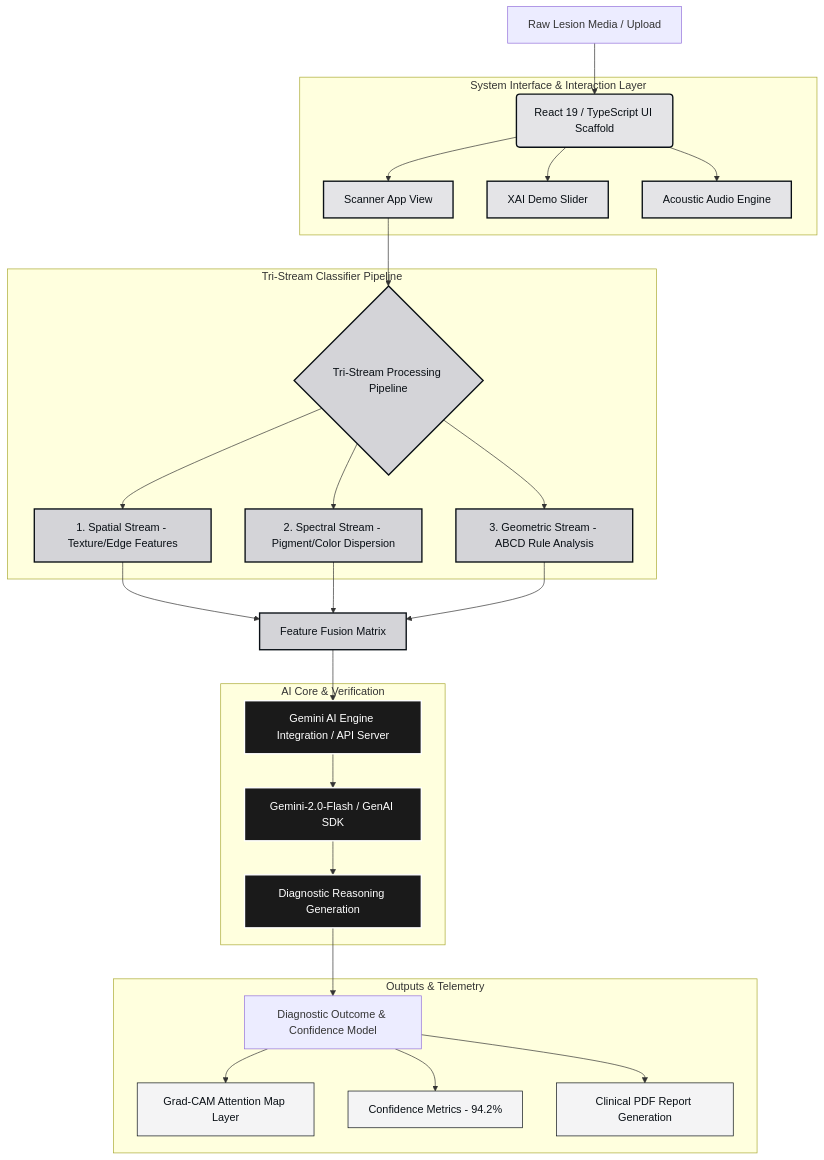
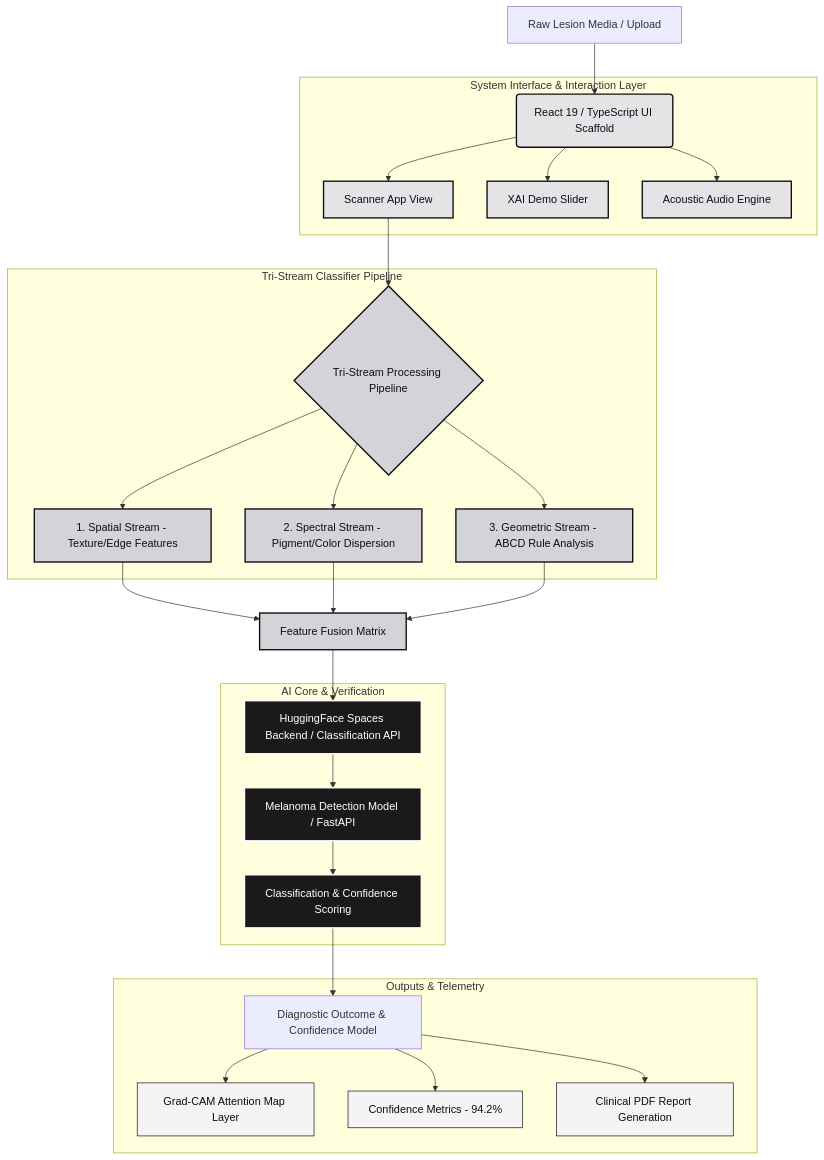
Before and after one commit to subhajit1560/CancerCure-AI: the diagram in README.md, drawn with Mermaid. The commit also changed other lines of this file, not shown here.

````diff
--- a/README.md
+++ b/README.md
@@ -11,50 +11,50 @@
 ```mermaid
 graph TD
     %% Define Styles
     classDef ui fill:#e4e4e7,stroke:#090F15,stroke-width:2px,color:#090F15;
     classDef pipeline fill:#d4d4d8,stroke:#090F15,stroke-width:2px,color:#090F15;
     classDef ai fill:#1A1A1A,stroke:#ffffff,stroke-width:2px,color:#ffffff;
     classDef output fill:#f4f4f5,stroke:#090F15,stroke-width:1px,color:#090F15;
 
     %% Nodes
     A[Raw Lesion Media / Upload] --> B(React 19 / TypeScript UI Scaffold);
     
     subgraph UI_Layer ["System Interface & Interaction Layer"]
         B --> C[Scanner App View];
         B --> D[XAI Demo Slider];
         B --> E[Acoustic Audio Engine];
     end
 
     C --> F{Tri-Stream Processing Pipeline};
     
     subgraph Processing_Pipeline ["Tri-Stream Classifier Pipeline"]
         F --> G[1. Spatial Stream - Texture/Edge Features];
         F --> H[2. Spectral Stream - Pigment/Color Dispersion];
         F --> I[3. Geometric Stream - ABCD Rule Analysis];
     end
 
     G --> J[Feature Fusion Matrix];
     H --> J;
     I --> J;
 
-    J --> K[Gemini AI Engine Integration / API Server];
+    J --> K[HuggingFace Spaces Backend / Classification API];
     
     subgraph AI_Core ["AI Core & Verification"]
-        K --> L[Gemini-2.0-Flash / GenAI SDK];
-        L --> M[Diagnostic Reasoning Generation];
+        K --> L[Melanoma Detection Model / FastAPI];
+        L --> M[Classification & Confidence Scoring];
     end
 
     M --> N[Diagnostic Outcome & Confidence Model];
 
     subgraph Output_Metrics ["Outputs & Telemetry"]
         N --> O[Grad-CAM Attention Map Layer];
         N --> P[Confidence Metrics - 94.2%];
         N --> Q[Clinical PDF Report Generation];
     end
 
     %% Apply Classes
     class B,C,D,E ui;
     class F,G,H,I,J pipeline;
     class K,L,M ai;
     class O,P,Q output;
 ```
````
